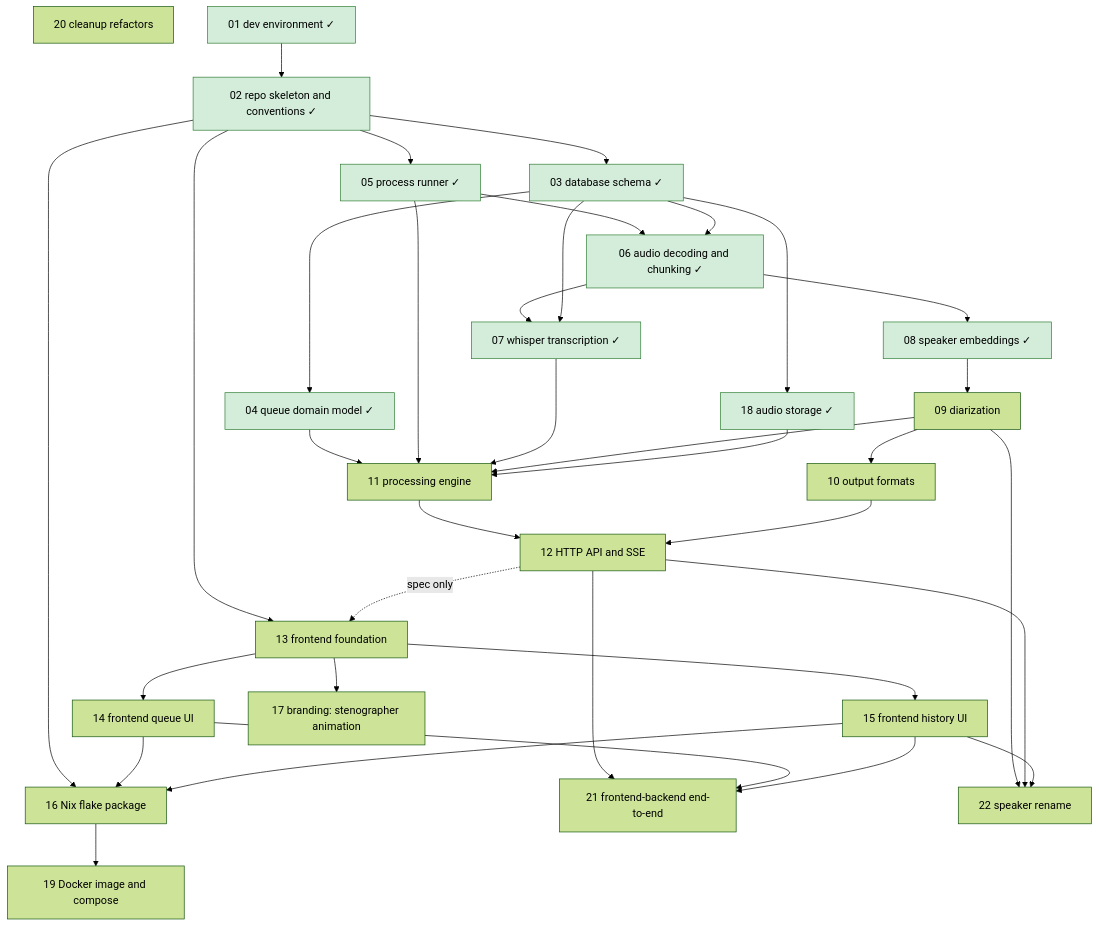
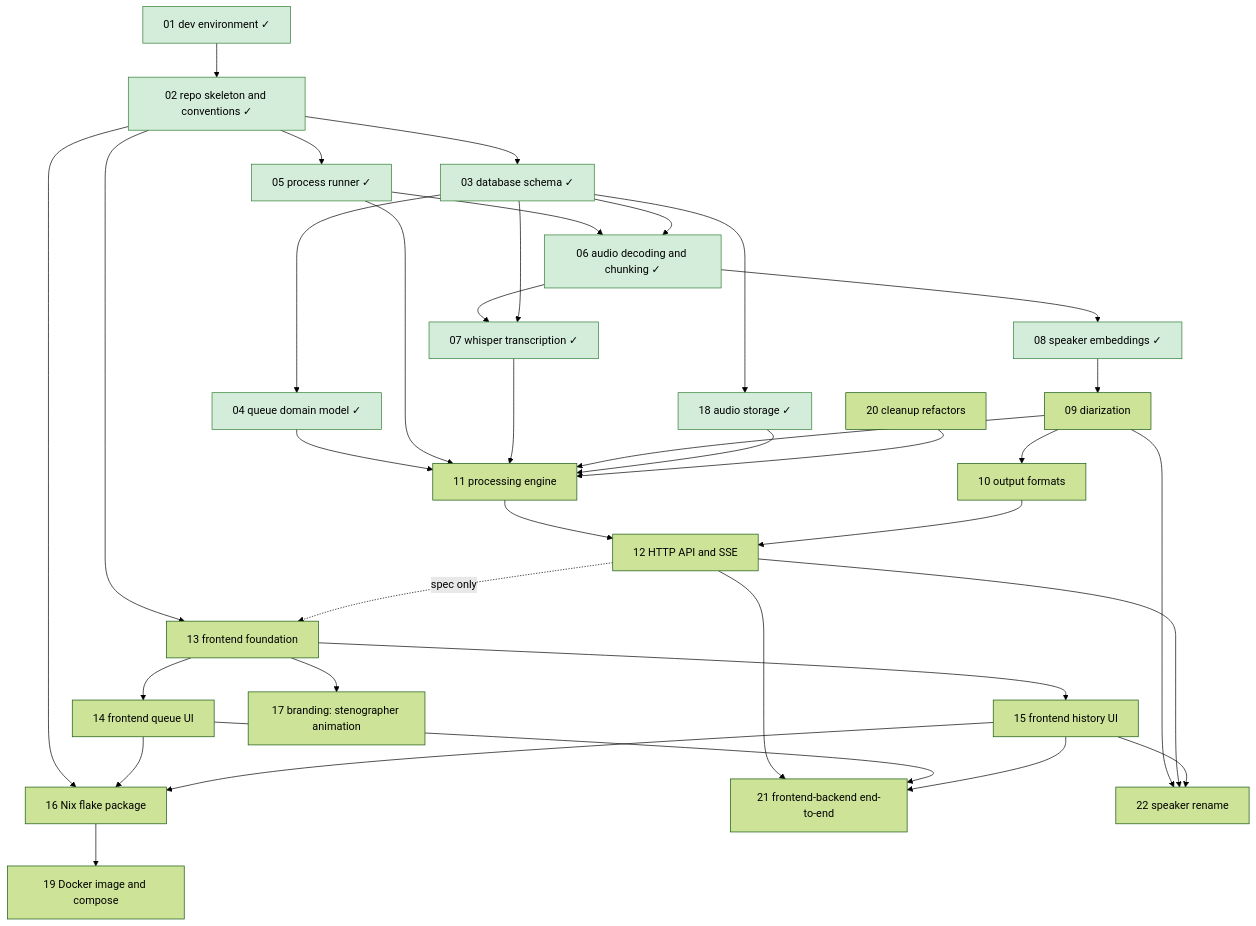
The diagram in roadmap/README.md (lulu-berlin/speech-to-text-app), drawn with Mermaid (forest theme) before and after one commit. The commit also changed other lines of this file and 20 other files, not shown here.

````diff
--- a/roadmap/README.md
+++ b/roadmap/README.md
@@ -17,39 +17,40 @@
 ```mermaid
 graph TD
   01[01 dev environment ✓]:::done --> 02[02 repo skeleton and conventions ✓]:::done
   02 --> 03[03 database schema ✓]:::done
   03 --> 04[04 queue domain model ✓]:::done
   02 --> 05[05 process runner ✓]:::done
   05 --> 06[06 audio decoding and chunking ✓]:::done
   03 --> 06
   06 --> 07[07 whisper transcription ✓]:::done
   03 --> 07
   06 --> 08[08 speaker embeddings ✓]:::done
   08 --> 09[09 diarization]
   09 --> 10[10 output formats]
   04 --> 11[11 processing engine]
   05 --> 11
   07 --> 11
   09 --> 11
   03 --> 18[18 audio storage ✓]:::done
   18 --> 11
+  20 --> 11
   11 --> 12[12 HTTP API and SSE]
   10 --> 12
   02 --> 13[13 frontend foundation]
   12 -. spec only .-> 13
   13 --> 14[14 frontend queue UI]
   13 --> 15[15 frontend history UI]
   02 --> 16[16 Nix flake package]
   14 --> 16
   15 --> 16
   13 --> 17[17 branding: stenographer animation]
   16 --> 19[19 Docker image and compose]
   20[20 cleanup refactors]
   12 --> 21[21 frontend-backend end-to-end]
   14 --> 21
   15 --> 21
   09 --> 22[22 speaker rename]
   12 --> 22
   15 --> 22
   classDef done fill:#d4edda,stroke:#2e7d32
 ```
````
